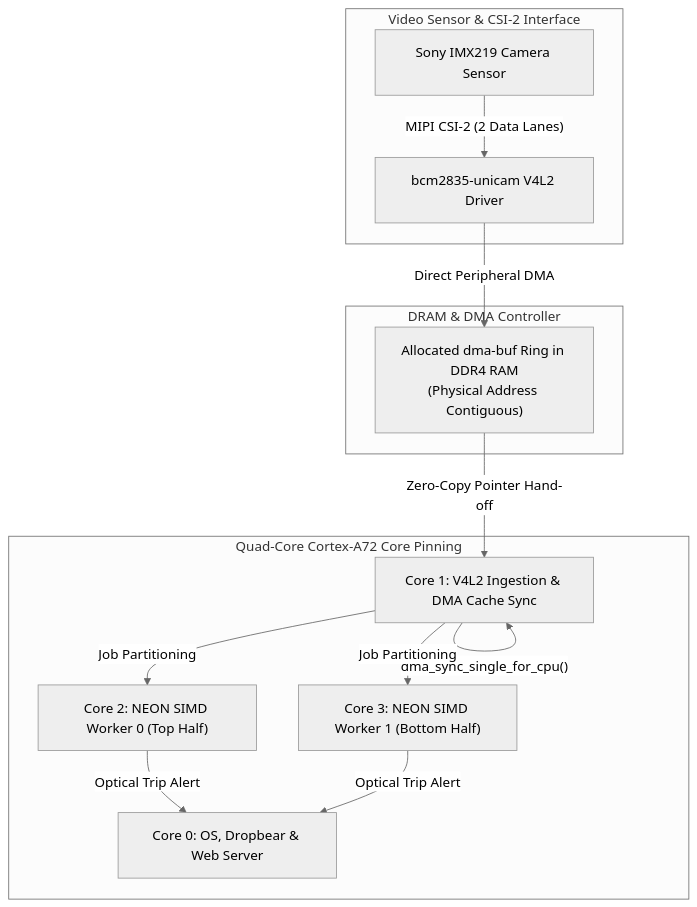
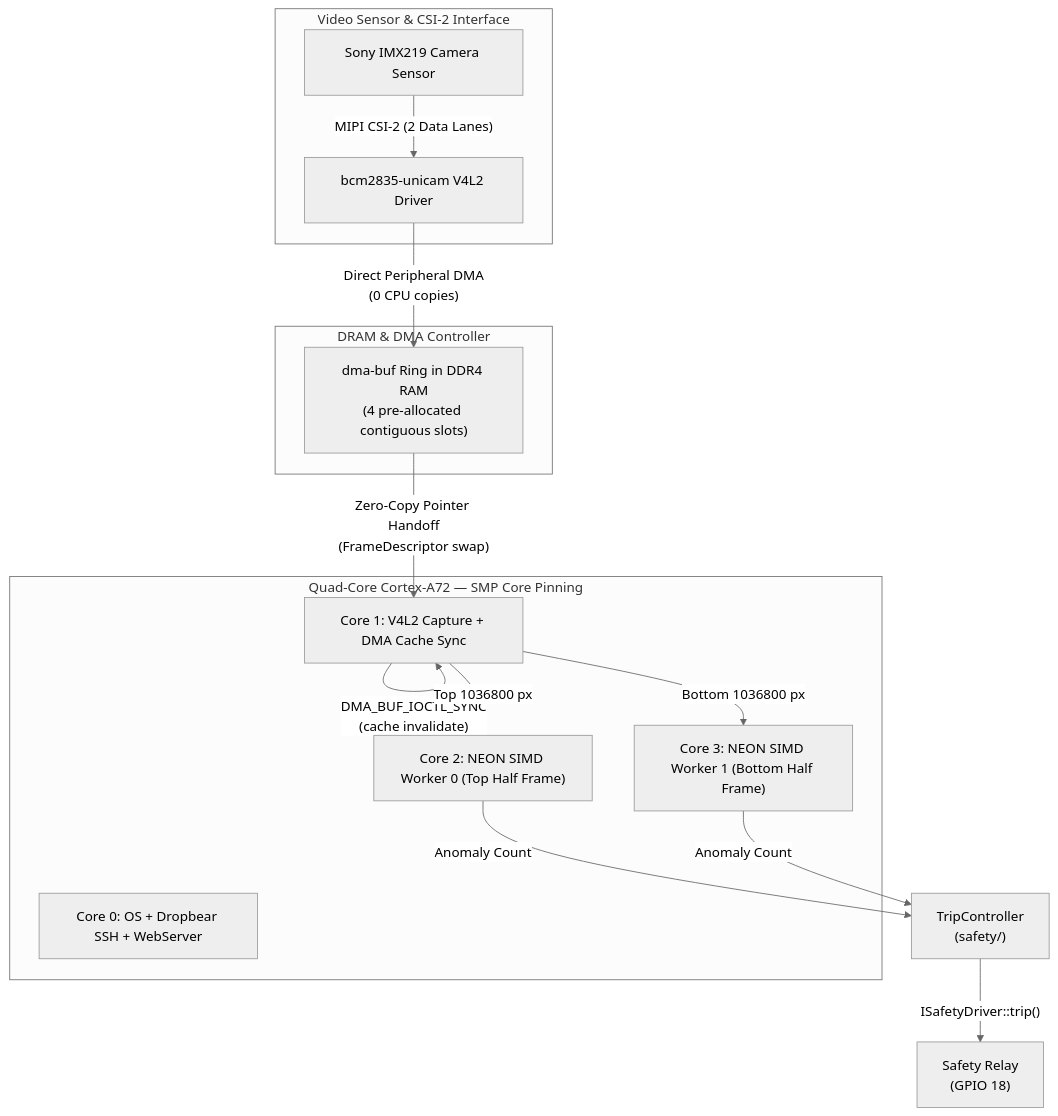
The first of 2 diagrams in projects/vision-edge/phases/phase4_video_dma_neon.md (solitontech/arm-embedded-linux-lab), drawn with Mermaid (neutral theme) before and after one commit. The commit also changed other lines of this file and 5 other files, not shown here.

First line of the commit message:
docs(vision-edge): rewrite all phase guides for new architecture

````diff
--- a/projects/vision-edge/phases/phase4_video_dma_neon.md
+++ b/projects/vision-edge/phases/phase4_video_dma_neon.md
@@ -19,25 +25,26 @@
 ```mermaid
 graph TD
     subgraph VideoHardware ["Video Sensor & CSI-2 Interface"]
         CAM["Sony IMX219 Camera Sensor"] -->|"MIPI CSI-2 (2 Data Lanes)"| UNICAM["bcm2835-unicam V4L2 Driver"]
     end
 
     subgraph MemoryLayer ["DRAM & DMA Controller"]
-        DMA_BUF["Allocated dma-buf Ring in DDR4 RAM<br/>(Physical Address Contiguous)"]
-        UNICAM -->|"Direct Peripheral DMA"| DMA_BUF
+        DMA_BUF["dma-buf Ring in DDR4 RAM<br/>(4 pre-allocated contiguous slots)"]
+        UNICAM -->|"Direct Peripheral DMA<br/>(0 CPU copies)"| DMA_BUF
     end
 
-    subgraph CoreAffinity ["Quad-Core Cortex-A72 Core Pinning"]
-        C0["Core 0: OS, Dropbear & Web Server"]
-        C1["Core 1: V4L2 Ingestion & DMA Cache Sync"]
-        C2["Core 2: NEON SIMD Worker 0 (Top Half)"]
-        C3["Core 3: NEON SIMD Worker 1 (Bottom Half)"]
+    subgraph CoreAffinity ["Quad-Core Cortex-A72 — SMP Core Pinning"]
+        C0["Core 0: OS + Dropbear SSH + WebServer"]
+        C1["Core 1: V4L2 Capture + DMA Cache Sync"]
+        C2["Core 2: NEON SIMD Worker 0 (Top Half Frame)"]
+        C3["Core 3: NEON SIMD Worker 1 (Bottom Half Frame)"]
     end
 
-    DMA_BUF -->|"Zero-Copy Pointer Hand-off"| C1
-    C1 -->|"dma_sync_single_for_cpu()"| C1
-    C1 -->|"Job Partitioning"| C2
-    C1 -->|"Job Partitioning"| C3
-    C2 -->|"Optical Trip Alert"| C0
-    C3 -->|"Optical Trip Alert"| C0
+    DMA_BUF -->|"Zero-Copy Pointer Handoff<br/>(FrameDescriptor swap)"| C1
+    C1 -->|"DMA_BUF_IOCTL_SYNC<br/>(cache invalidate)"| C1
+    C1 -->|"Top 1036800 px"| C2
+    C1 -->|"Bottom 1036800 px"| C3
+    C2 -->|"Anomaly Count"| TRIP["TripController<br/>(safety/)"]
+    C3 -->|"Anomaly Count"| TRIP
+    TRIP -->|"ISafetyDriver::trip()"| RELAY["Safety Relay<br/>(GPIO 18)"]
 ```
````
